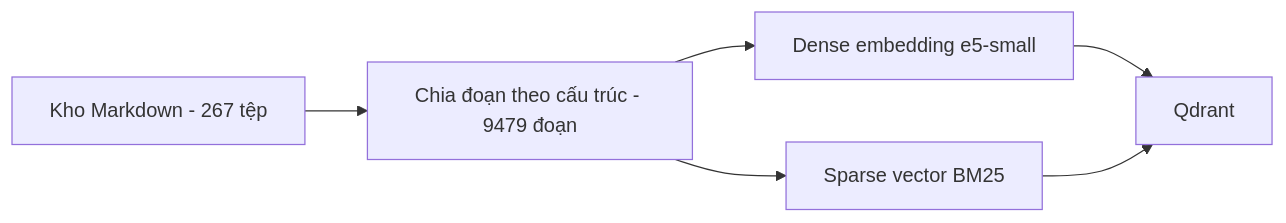
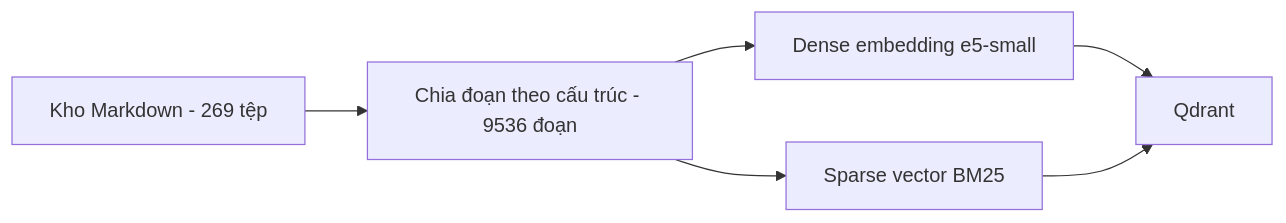
The first of 2 diagrams in README.md (Sunny-sunnyy/chatbot-hue), drawn with Mermaid before and after one commit. The commit also changed other lines of this file and 1 other file, not shown here.

Commit message:
docs: cập nhật README theo bản chốt 25/11

````diff
--- a/README.md
+++ b/README.md
@@ -61,8 +63,8 @@
 ```mermaid
 flowchart LR
-    A[Kho Markdown - 267 tệp] --> B[Chia đoạn theo cấu trúc - 9479 đoạn]
+    A[Kho Markdown - 269 tệp] --> B[Chia đoạn theo cấu trúc - 9536 đoạn]
     B --> C[Dense embedding e5-small]
     B --> D[Sparse vector BM25]
     C --> E[Qdrant]
     D --> E
 ```
````
